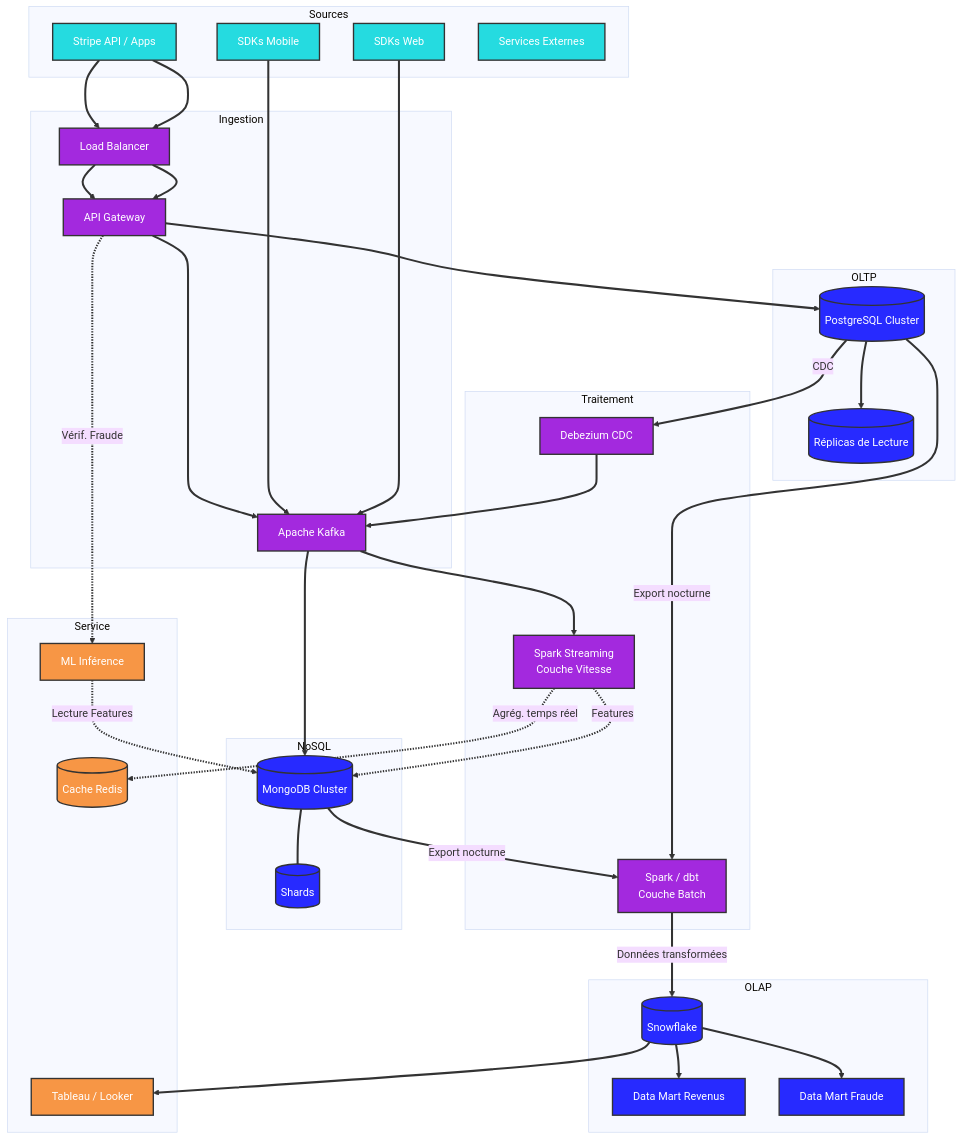
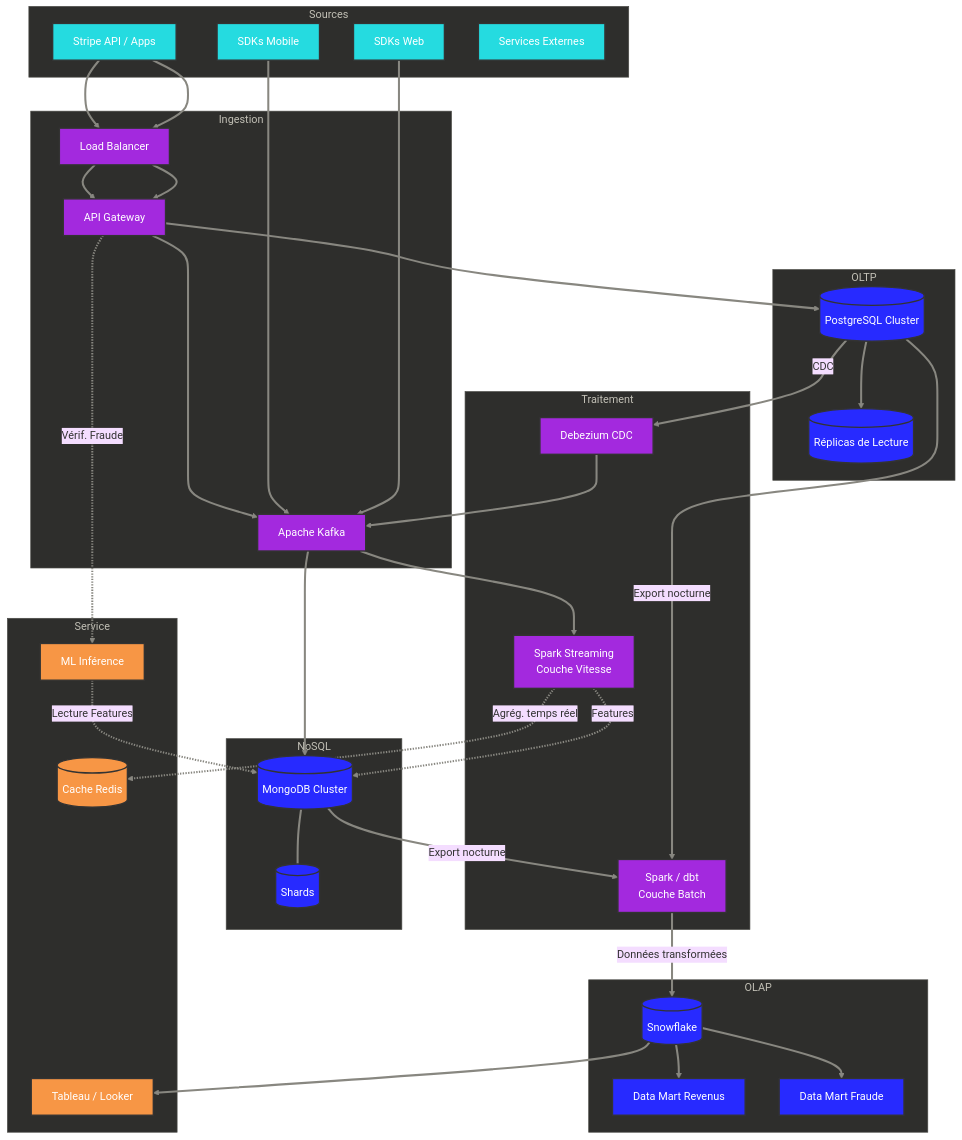
One commit to matt-GTN/certification changed the diagram in stripe/deliverables/1-ARCHITECTURE_PIPELINES.md. Above: the diagram before and after it, drawn with Mermaid (base theme). The commit also changed 5 other files, not shown here.

````diff
--- a/stripe/deliverables/1-ARCHITECTURE_PIPELINES.md
+++ b/stripe/deliverables/1-ARCHITECTURE_PIPELINES.md
@@ -9,75 +9,72 @@
 ```mermaid
 flowchart TD
     subgraph Sources ["Sources"]
         API[Stripe API / Apps]
         Mobile[SDKs Mobile]
         Web[SDKs Web]
         ExtServices[Services Externes]
     end
-
     subgraph Ingestion ["Ingestion"]
         LB[Load Balancer]
         Gateway[API Gateway]
         Kafka[Apache Kafka]
     end
-
     subgraph OLTP_System ["OLTP"]
         Postgres[(PostgreSQL Cluster)]
         Replica[(Réplicas de Lecture)]
         Postgres ==> Replica
     end
-
     subgraph NoSQL_System ["NoSQL"]
         MongoDB[(MongoDB Cluster)]
         MongoShards[(Shards)]
         MongoDB --- MongoShards
     end
-
     subgraph Processing ["Traitement"]
         Debezium[Debezium CDC]
         Spark_Stream[Spark Streaming\nCouche Vitesse]
         Spark_Batch[Spark / dbt\nCouche Batch]
     end
-
     subgraph OLAP_System ["OLAP"]
         Snowflake[(Snowflake)]
         DataMart_Revenue[Data Mart Revenus]
         DataMart_Fraud[Data Mart Fraude]
         Snowflake ==> DataMart_Revenue
         Snowflake ==> DataMart_Fraud
     end
-
     subgraph Serving ["Service"]
         Redis[(Cache Redis)]
         ML_Serving[ML Inférence]
         BI_Tool[Tableau / Looker]
     end
-
     API ==> LB ==> Gateway ==> Postgres
     API ==> LB ==> Gateway ==> Kafka
     Mobile ==> Kafka
     Web ==> Kafka
     Postgres == CDC ==> Debezium ==> Kafka
     Kafka ==> Spark_Stream
     Kafka ==> MongoDB
     Spark_Stream -.->|Features| MongoDB
     ML_Serving -.->|Lecture Features| MongoDB
     Gateway -.->|Vérif. Fraude| ML_Serving
     Postgres == Export nocturne ==> Spark_Batch
     MongoDB == Export nocturne ==> Spark_Batch
     Spark_Batch == Données transformées ==> Snowflake
     Spark_Stream -.->|Agrég. temps réel| Redis
     Snowflake ==> BI_Tool
-
     classDef source fill:#25dbe0,stroke:#333,stroke-width:2px,color:#fff
     classDef process fill:#a329de,stroke:#333,stroke-width:2px,color:#fff
     classDef core fill:#272aff,stroke:#333,stroke-width:2px,color:#fff
     classDef output fill:#f79645,stroke:#333,stroke-width:2px,color:#fff
-
     class API,Mobile,Web,ExtServices source
     class LB,Gateway,Kafka,Debezium,Spark_Stream,Spark_Batch process
     class Postgres,Replica,MongoDB,MongoShards,Snowflake,DataMart_Revenue,DataMart_Fraud core
     class Redis,ML_Serving,BI_Tool output
-
-    linkStyle default stroke:#333,stroke-width:3px
+    linkStyle default stroke:#888780,stroke-width:3px
+    style Sources fill:#2e2e2c,stroke:#4a4a46,color:#c2c0b6
+    style Ingestion fill:#2e2e2c,stroke:#4a4a46,color:#c2c0b6
+    style OLTP_System fill:#2e2e2c,stroke:#4a4a46,color:#c2c0b6
+    style NoSQL_System fill:#2e2e2c,stroke:#4a4a46,color:#c2c0b6
+    style Processing fill:#2e2e2c,stroke:#4a4a46,color:#c2c0b6
+    style OLAP_System fill:#2e2e2c,stroke:#4a4a46,color:#c2c0b6
+    style Serving fill:#2e2e2c,stroke:#4a4a46,color:#c2c0b6
 ```
````
